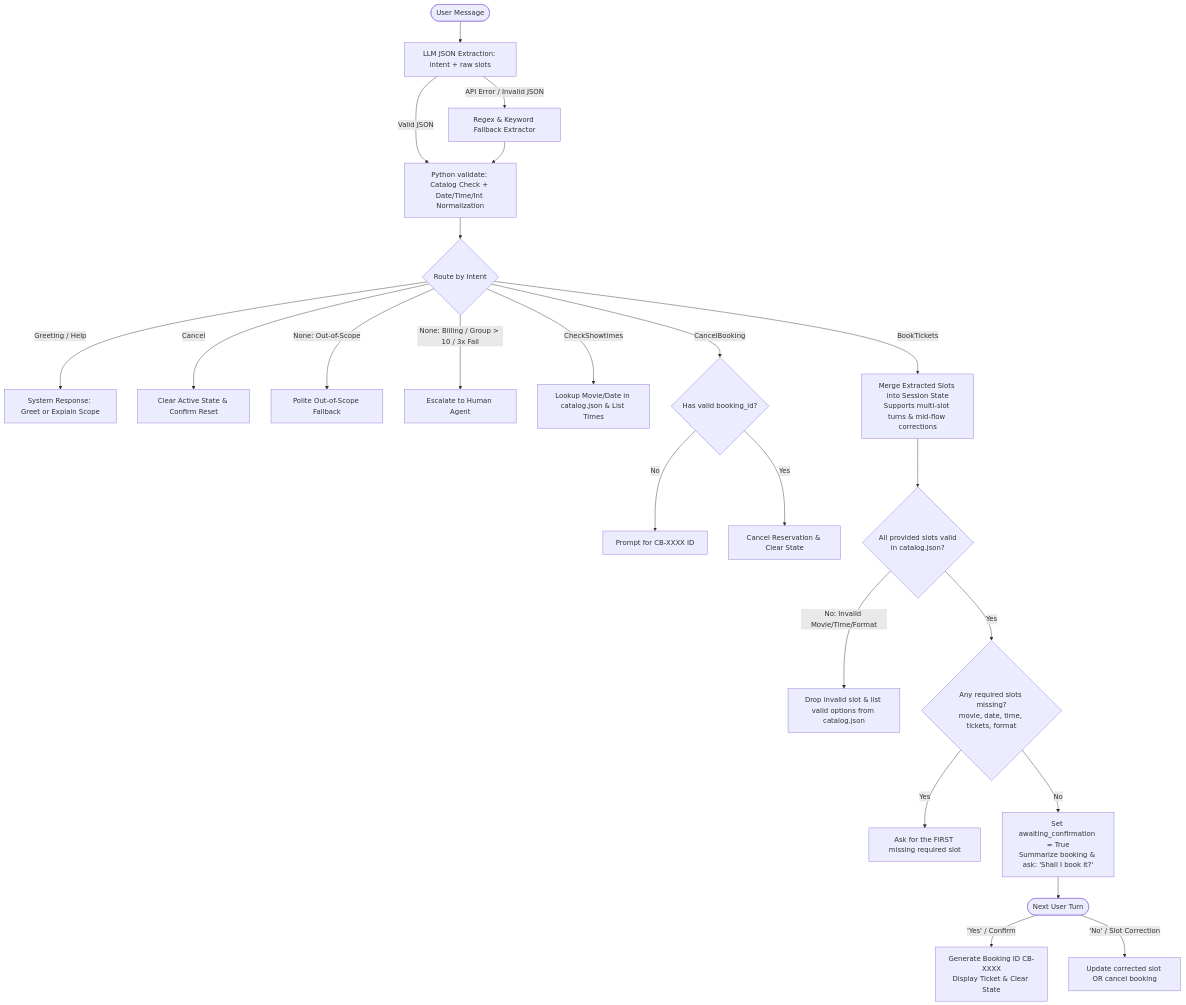
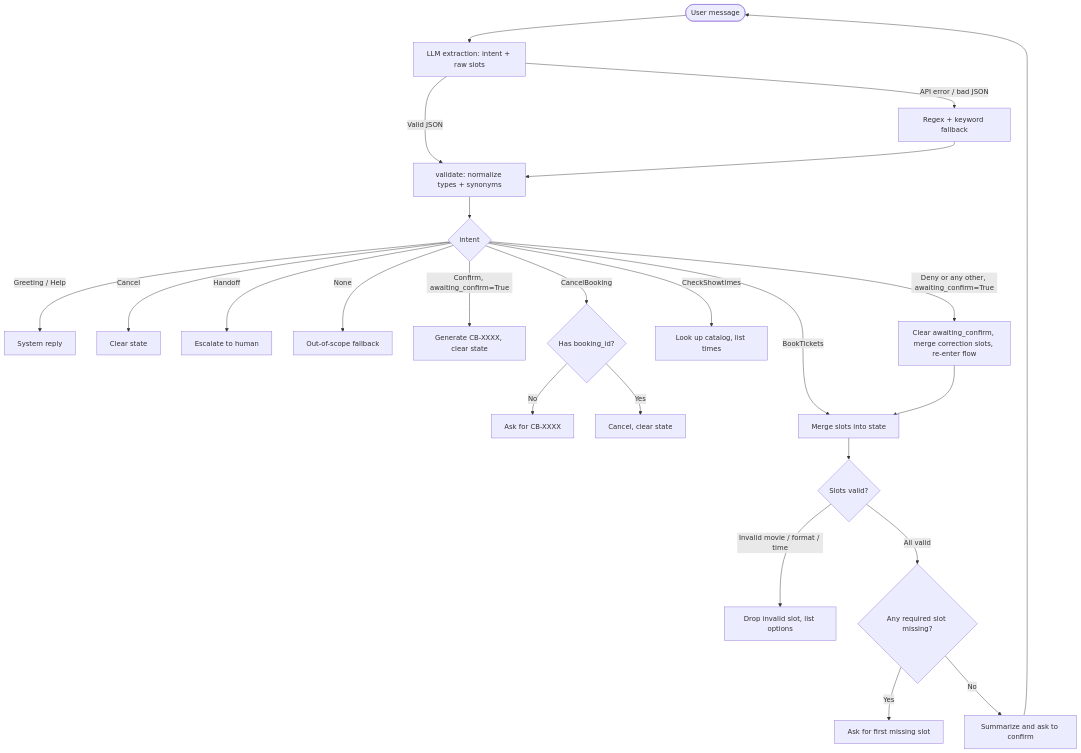
Before and after one commit to Leonard-P/cinemabot-midterm: the diagram in Design.md, drawn with Mermaid. The commit also changed other lines of this file and 11 other files, not shown here.

````diff
--- a/Design.md
+++ b/Design.md
@@ -103,31 +71,31 @@
 ```mermaid
 flowchart TD
-    Start([User Message]) --> LLM[LLM JSON Extraction: intent + raw slots]
-    LLM -->|API Error / Invalid JSON| FallbackRegex[Regex & Keyword Fallback Extractor]
-    LLM -->|Valid JSON| Validate[Python validate: Catalog Check + Date/Time/Int Normalization]
-    FallbackRegex --> Validate
+    Start([User message]) --> LLM[LLM extraction: intent + raw slots]
+    LLM -->|API error / bad JSON| Regex[Regex + keyword fallback]
+    LLM -->|Valid JSON| Val[validate: normalize types + synonyms]
+    Regex --> Val
 
-    Validate --> Route{Route by Intent}
+    Val --> Route{intent}
 
-    Route -->|Greeting / Help| SysResp[System Response: Greet or Explain Scope]
-    Route -->|Cancel| ClearState[Clear Active State & Confirm Reset]
-    Route -->|None: Out-of-Scope| OOS[Polite Out-of-Scope Fallback]
-    Route -->|None: Billing / Group > 10 / 3x Fail| Handoff[Escalate to Human Agent]
+    Route -->|Greeting / Help| Sys[System reply]
+    Route -->|Cancel| Clear[Clear state]
+    Route -->|Handoff| Human[Escalate to human]
+    Route -->|None| OOS[Out-of-scope fallback]
 
-    Route -->|CheckShowtimes| QueryCatalog[Lookup Movie/Date in catalog.json & List Times]
-    Route -->|CancelBooking| CheckID{Has valid booking_id?}
-    CheckID -->|No| AskID[Prompt for CB-XXXX ID]
-    CheckID -->|Yes| ConfirmCancel[Cancel Reservation & Clear State]
+    Route -->|Confirm, awaiting_confirm=True| Book[Generate CB-XXXX, clear state]
+    Route -->|Deny or any other, awaiting_confirm=True| ClearConfirm[Clear awaiting_confirm, merge correction slots, re-enter flow]
 
-    Route -->|BookTickets| MergeSlots[Merge Extracted Slots into Session State\nSupports multi-slot turns & mid-flow corrections]
-    MergeSlots --> CatalogValid{All provided slots valid\nin catalog.json?}
-    CatalogValid -->|No: Invalid Movie/Time/Format| ClarifyCatalog[Drop invalid slot & list valid options from catalog.json]
-    CatalogValid -->|Yes| MissingCheck{Any required slots missing?\nmovie, date, time, tickets, format}
+    Route -->|CheckShowtimes| Catalog[Look up catalog, list times]
+    Route -->|CancelBooking| CancelID{Has booking_id?}
+    CancelID -->|No| AskID[Ask for CB-XXXX]
+    CancelID -->|Yes| CancelDone[Cancel, clear state]
 
-    MissingCheck -->|Yes| AskMissing[Ask for the FIRST missing required slot]
-    MissingCheck -->|No| AwaitConfirm[Set awaiting_confirmation = True\nSummarize booking & ask: 'Shall I book it?']
-
-    AwaitConfirm --> UserReply([Next User Turn])
-    UserReply -->|'Yes' / Confirm| Complete[Generate Booking ID CB-XXXX\nDisplay Ticket & Clear State]
-    UserReply -->|'No' / Slot Correction| UpdateOrAbort[Update corrected slot OR cancel booking]
+    Route -->|BookTickets| Merge[Merge slots into state]
+    ClearConfirm --> Merge
+    Merge --> Valid{Slots valid?}
+    Valid -->|Invalid movie / format / time| Clarify[Drop invalid slot, list options]
+    Valid -->|All valid| Missing{Any required slot missing?}
+    Missing -->|Yes| Ask[Ask for first missing slot]
+    Missing -->|No| Confirm2[Summarize and ask to confirm]
+    Confirm2 --> Start
 ```
````
